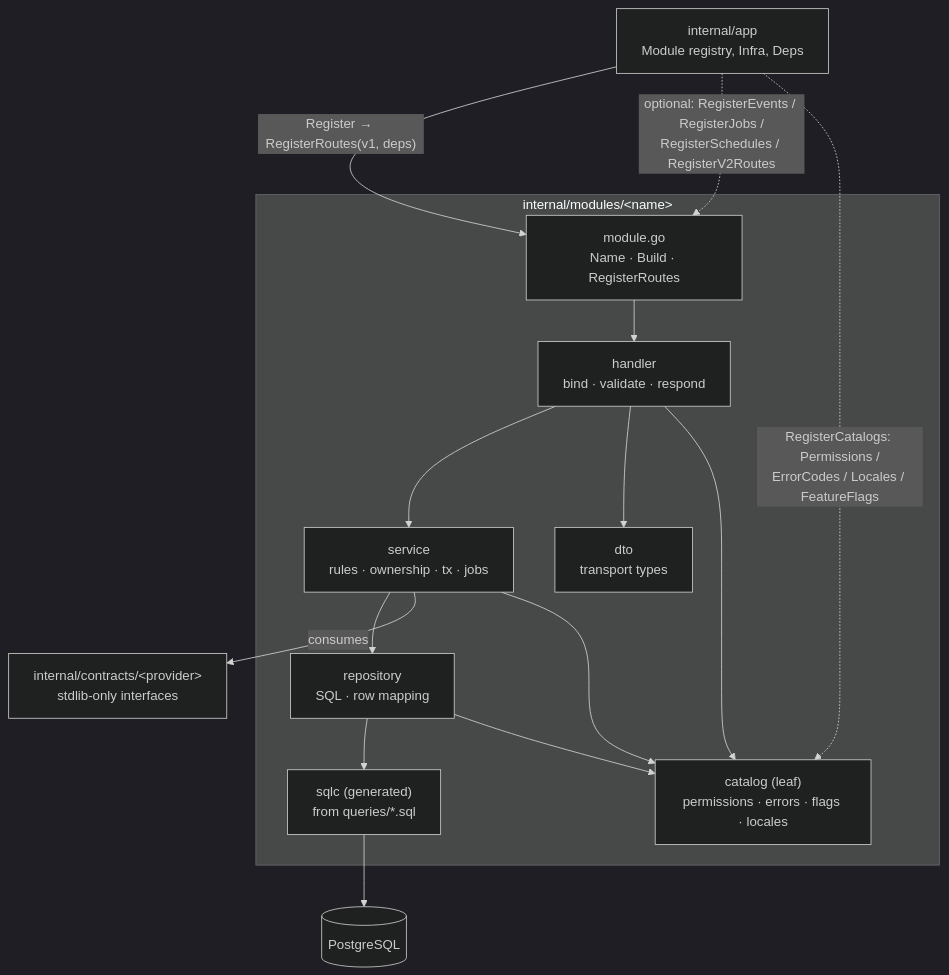
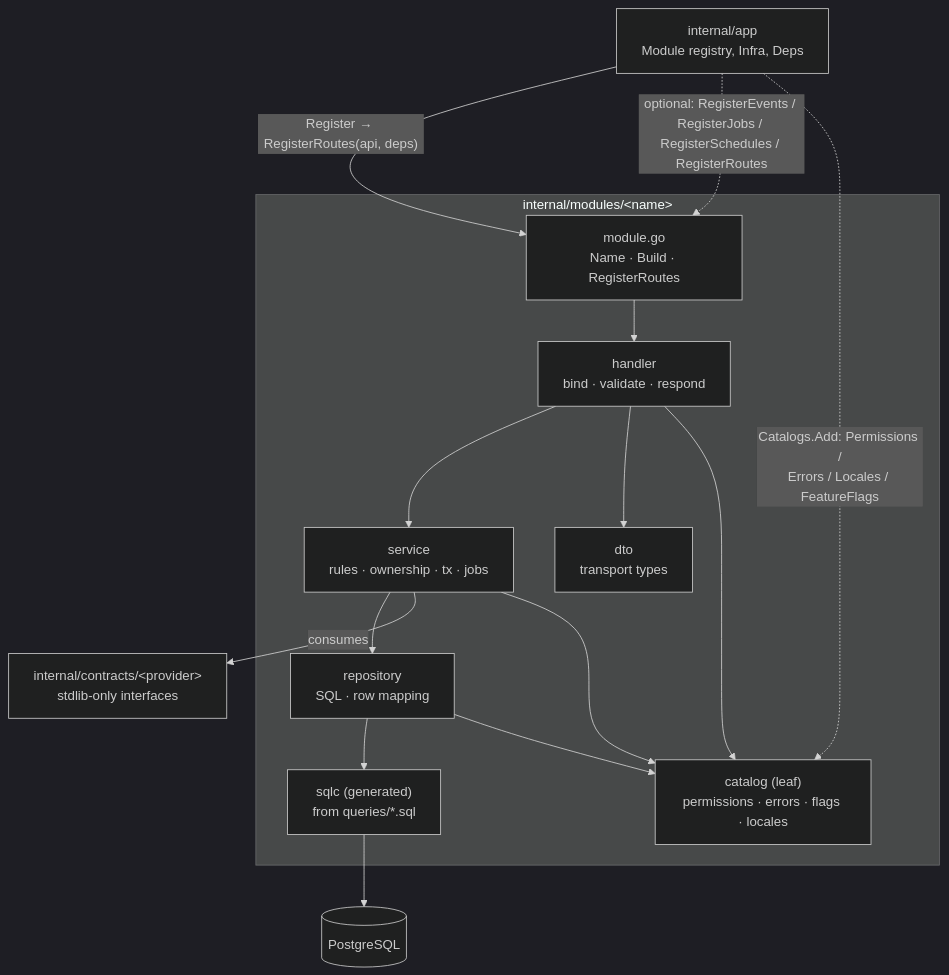
The second of 6 diagrams in docs/module-template.md (chuanghiduoc/fiber-golang-boilerplate), drawn with Mermaid (dark theme) before and after one commit. The commit also changed other lines of this file and 911 other files, not shown here.

First line of the commit message:
feat!: standard rebuild (UUIDv7, huma OpenAPI 3.1, passkeys, Argon2id, injected catalogs, no legacy layers) (#132)

````diff
--- a/docs/module-template.md
+++ b/docs/module-template.md
@@ -66,23 +67,23 @@
 ```mermaid
 flowchart TB
     subgraph M["internal/modules/&lt;name&gt;"]
         MOD["module.go<br/>Name · Build · RegisterRoutes"]
         H["handler<br/>bind · validate · respond"]
         S["service<br/>rules · ownership · tx · jobs"]
         R["repository<br/>SQL · row mapping"]
         Q["sqlc (generated)<br/>from queries/*.sql"]
         D["dto<br/>transport types"]
         CAT["catalog (leaf)<br/>permissions · errors · flags · locales"]
     end
     APP["internal/app<br/>Module registry, Infra, Deps"]
     C["internal/contracts/&lt;provider&gt;<br/>stdlib-only interfaces"]
     PG[(PostgreSQL)]
 
-    APP -- "Register → RegisterRoutes(v1, deps)" --> MOD
-    APP -. "optional: RegisterEvents / RegisterJobs /<br/>RegisterSchedules / RegisterV2Routes" .-> MOD
-    APP -. "RegisterCatalogs: Permissions /<br/>ErrorCodes / Locales / FeatureFlags" .-> CAT
+    APP -- "Register → RegisterRoutes(api, deps)" --> MOD
+    APP -. "optional: RegisterEvents / RegisterJobs / RegisterSchedules / RegisterRoutes" .-> MOD
+    APP -. "Catalogs.Add: Permissions /<br/>Errors / Locales / FeatureFlags" .-> CAT
     MOD --> H --> S --> R --> Q --> PG
     H --> D
     S -- "consumes" --> C
     H & S & R --> CAT
 ```
````
